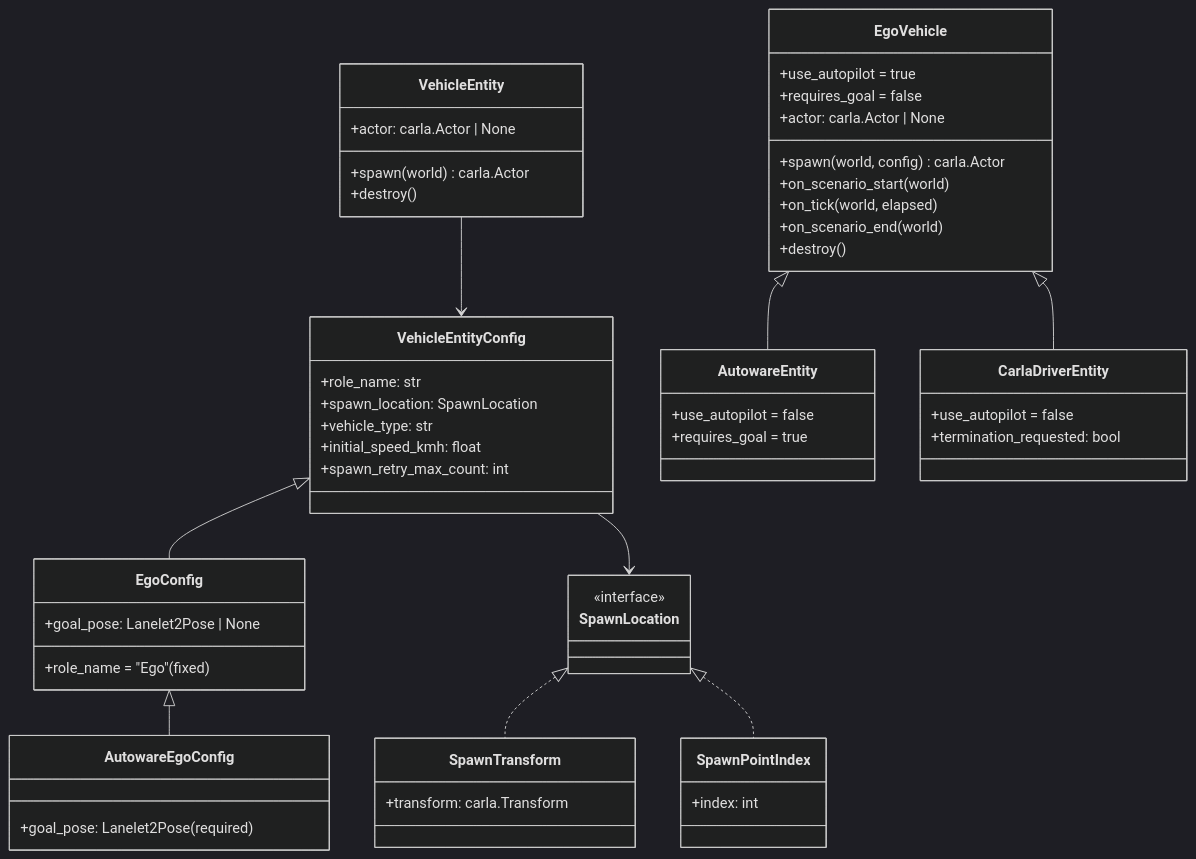
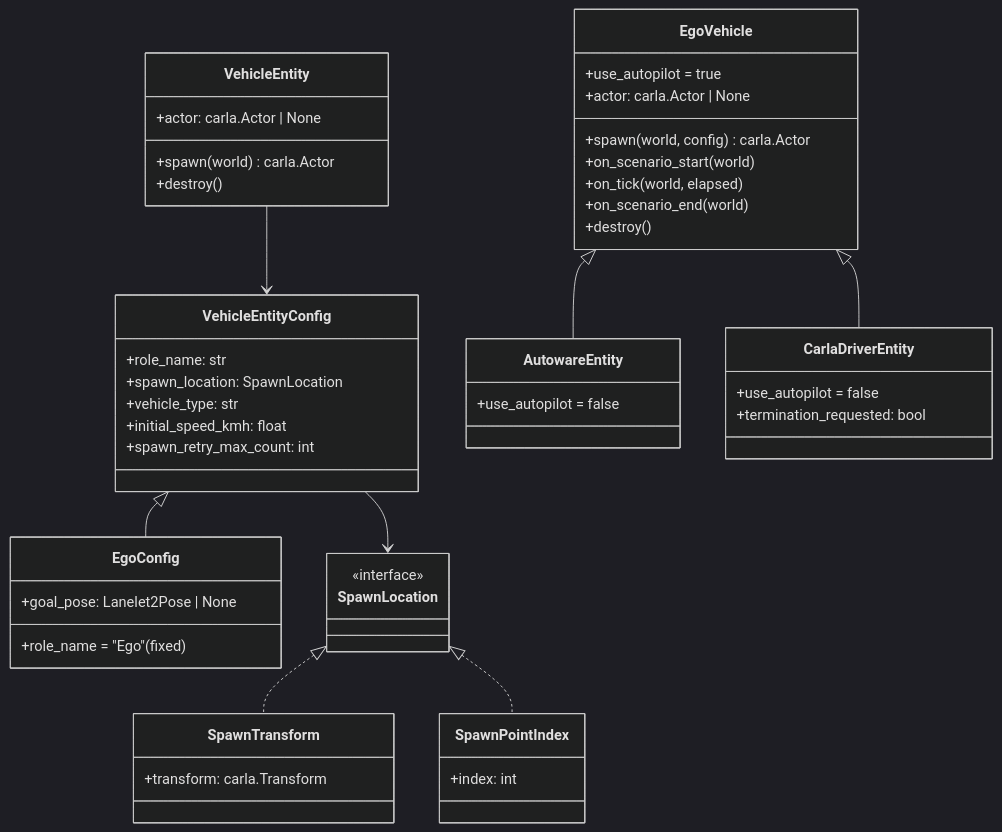
Diagram 12 of 14 in autoware_carla_scenario/docs/architecture.md (autowarefoundation/autoware_carla_scenario), drawn with Mermaid (dark theme) before and after one commit. The commit also changed other lines of this file and 27 other files, not shown here.

````diff
--- a/autoware_carla_scenario/docs/architecture.md
+++ b/autoware_carla_scenario/docs/architecture.md
@@ -678,67 +678,60 @@
 ```mermaid
 classDiagram
     class VehicleEntityConfig {
         +role_name: str
         +spawn_location: SpawnLocation
         +vehicle_type: str
         +initial_speed_kmh: float
         +spawn_retry_max_count: int
     }
 
     class EgoConfig {
         +role_name = "Ego" (fixed)
         +goal_pose: Lanelet2Pose | None
-    }
-
-    class AutowareEgoConfig {
-        +goal_pose: Lanelet2Pose (required)
     }
 
     class SpawnLocation {
         <<interface>>
     }
 
     class SpawnTransform {
         +transform: carla.Transform
     }
 
     class SpawnPointIndex {
         +index: int
     }
 
     class VehicleEntity {
         +actor: carla.Actor | None
         +spawn(world) carla.Actor
         +destroy()
     }
 
     class EgoVehicle {
         +use_autopilot = true
-        +requires_goal = false
         +actor: carla.Actor | None
         +spawn(world, config) carla.Actor
         +on_scenario_start(world)
         +on_tick(world, elapsed)
         +on_scenario_end(world)
         +destroy()
     }
 
     class AutowareEntity {
         +use_autopilot = false
-        +requires_goal = true
     }
 
     class CarlaDriverEntity {
         +use_autopilot = false
         +termination_requested: bool
     }
 
     VehicleEntityConfig <|-- EgoConfig
-    EgoConfig <|-- AutowareEgoConfig
     SpawnLocation <|.. SpawnTransform
     SpawnLocation <|.. SpawnPointIndex
     VehicleEntityConfig --> SpawnLocation
     VehicleEntity --> VehicleEntityConfig
     EgoVehicle <|-- AutowareEntity
     EgoVehicle <|-- CarlaDriverEntity
 ```
````
